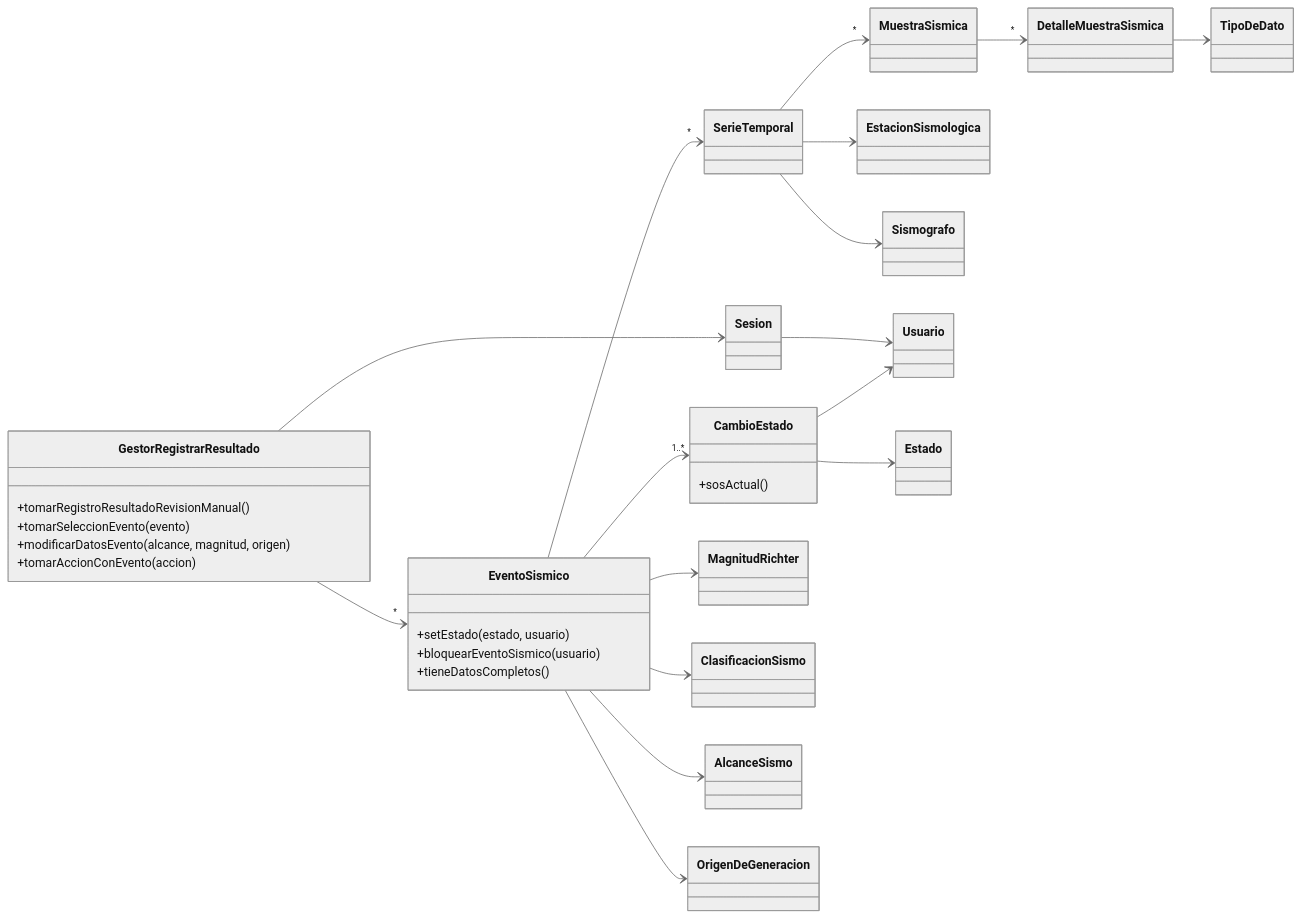
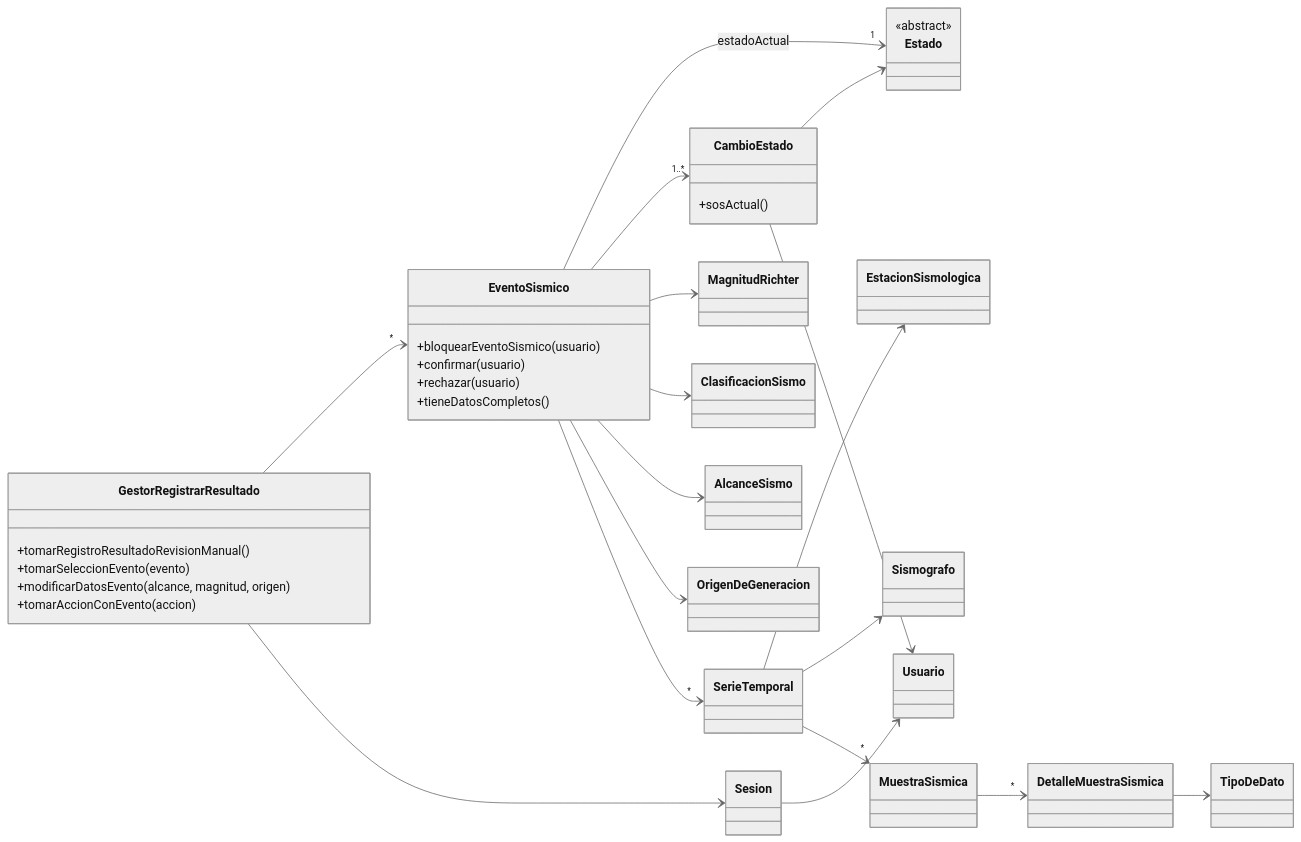
The fourth of 4 diagrams in README.md (Alelavini/Sismografo), drawn with Mermaid (neutral theme) before and after one commit. The commit also changed other lines of this file and 13 other files, not shown here.

````diff
--- a/README.md
+++ b/README.md
@@ -82,41 +184,46 @@
 ```mermaid
 classDiagram
     direction LR
     class GestorRegistrarResultado {
         +tomarRegistroResultadoRevisionManual()
         +tomarSeleccionEvento(evento)
         +modificarDatosEvento(alcance, magnitud, origen)
         +tomarAccionConEvento(accion)
     }
     class EventoSismico {
-        +setEstado(estado, usuario)
         +bloquearEventoSismico(usuario)
+        +confirmar(usuario)
+        +rechazar(usuario)
         +tieneDatosCompletos()
+    }
+    class Estado {
+        <<abstract>>
     }
     class CambioEstado {
         +sosActual()
     }
     class SerieTemporal
     class MuestraSismica
     class DetalleMuestraSismica
     class TipoDeDato
     class EstacionSismologica
     class Sismografo
 
     GestorRegistrarResultado --> "*" EventoSismico
     GestorRegistrarResultado --> Sesion
     Sesion --> Usuario
+    EventoSismico --> "1" Estado : estadoActual
     EventoSismico --> "1..*" CambioEstado
     CambioEstado --> Estado
     CambioEstado --> Usuario
     EventoSismico --> MagnitudRichter
     EventoSismico --> ClasificacionSismo
     EventoSismico --> AlcanceSismo
     EventoSismico --> OrigenDeGeneracion
     EventoSismico --> "*" SerieTemporal
     SerieTemporal --> EstacionSismologica
     SerieTemporal --> Sismografo
     SerieTemporal --> "*" MuestraSismica
     MuestraSismica --> "*" DetalleMuestraSismica
     DetalleMuestraSismica --> TipoDeDato
 ```
````
